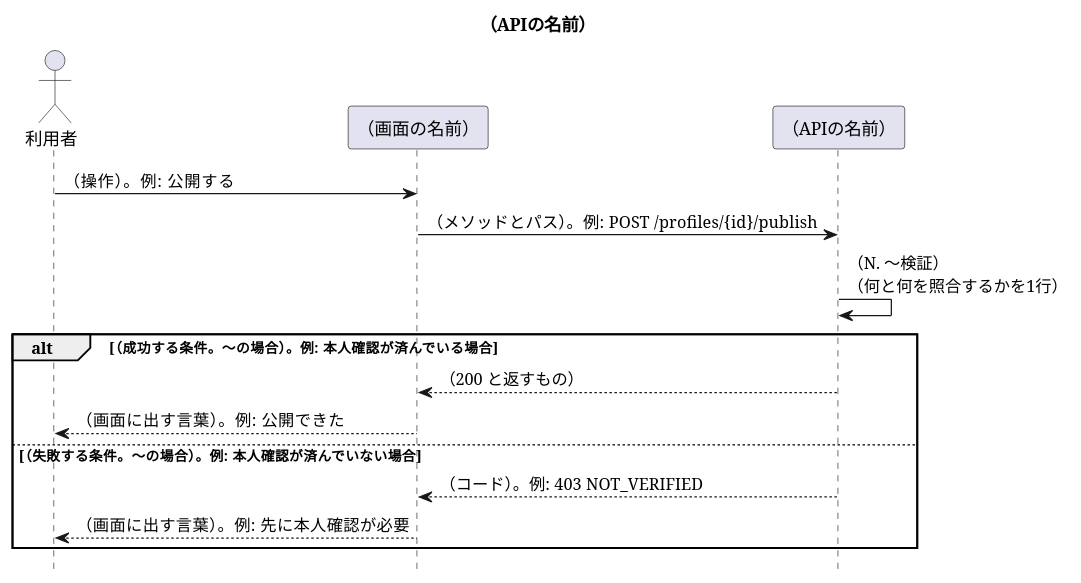
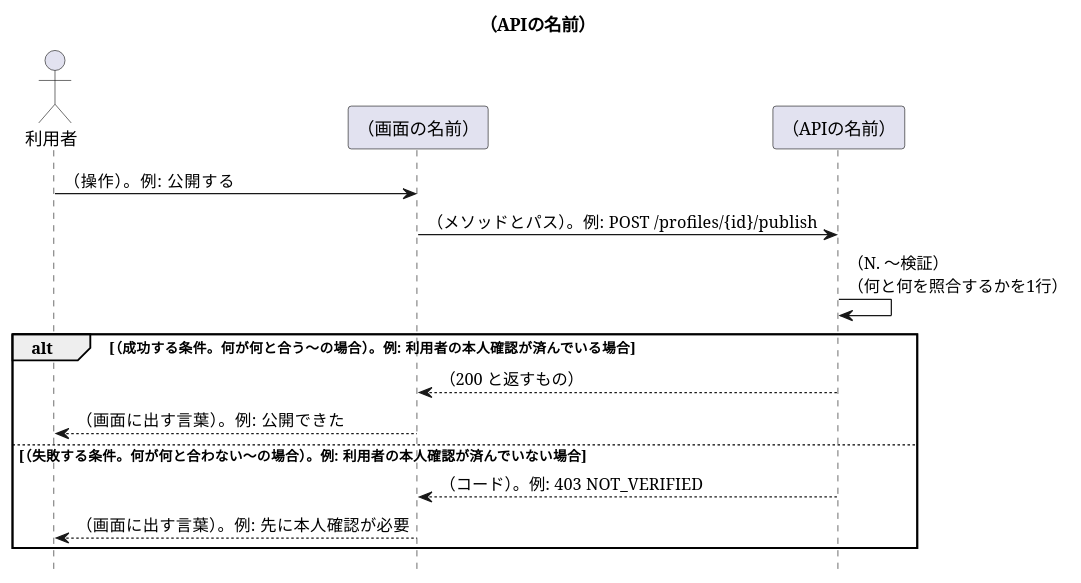
One commit to masamasamasato/design-doc-template changed the diagram in apis/_template/入口.puml. Above: the diagram before and after it, drawn with PlantUML. The commit also changed 10 other files, not shown here.

```diff
--- a/apis/_template/入口.puml
+++ b/apis/_template/入口.puml
@@ -1,24 +1,24 @@
 @startuml
 skinparam shadowing false
 skinparam NoteBackgroundColor #FFFFCC
 skinparam defaultFontName "Noto Sans CJK JP"
 skinparam SequenceFontName "Noto Sans CJK JP"
 hide footbox
 
 title （APIの名前）
 
 actor "利用者" as User
 participant "（画面の名前）" as Screen
 participant "（APIの名前）" as API
 
 User -> Screen : （操作）。例: 公開する
 Screen -> API : （メソッドとパス）。例: POST /profiles/{id}/publish
 API -> API : （N. 〜検証）\n（何と何を照合するかを1行）
-alt （成功する条件。〜の場合）。例: 本人確認が済んでいる場合
+alt （成功する条件。何が何と合う〜の場合）。例: 利用者の本人確認が済んでいる場合
   API --> Screen : （200 と返すもの）
   Screen --> User : （画面に出す言葉）。例: 公開できた
-else （失敗する条件。〜の場合）。例: 本人確認が済んでいない場合
+else （失敗する条件。何が何と合わない〜の場合）。例: 利用者の本人確認が済んでいない場合
   API --> Screen : （コード）。例: 403 NOT_VERIFIED
   Screen --> User : （画面に出す言葉）。例: 先に本人確認が必要
 end
 @enduml
```
